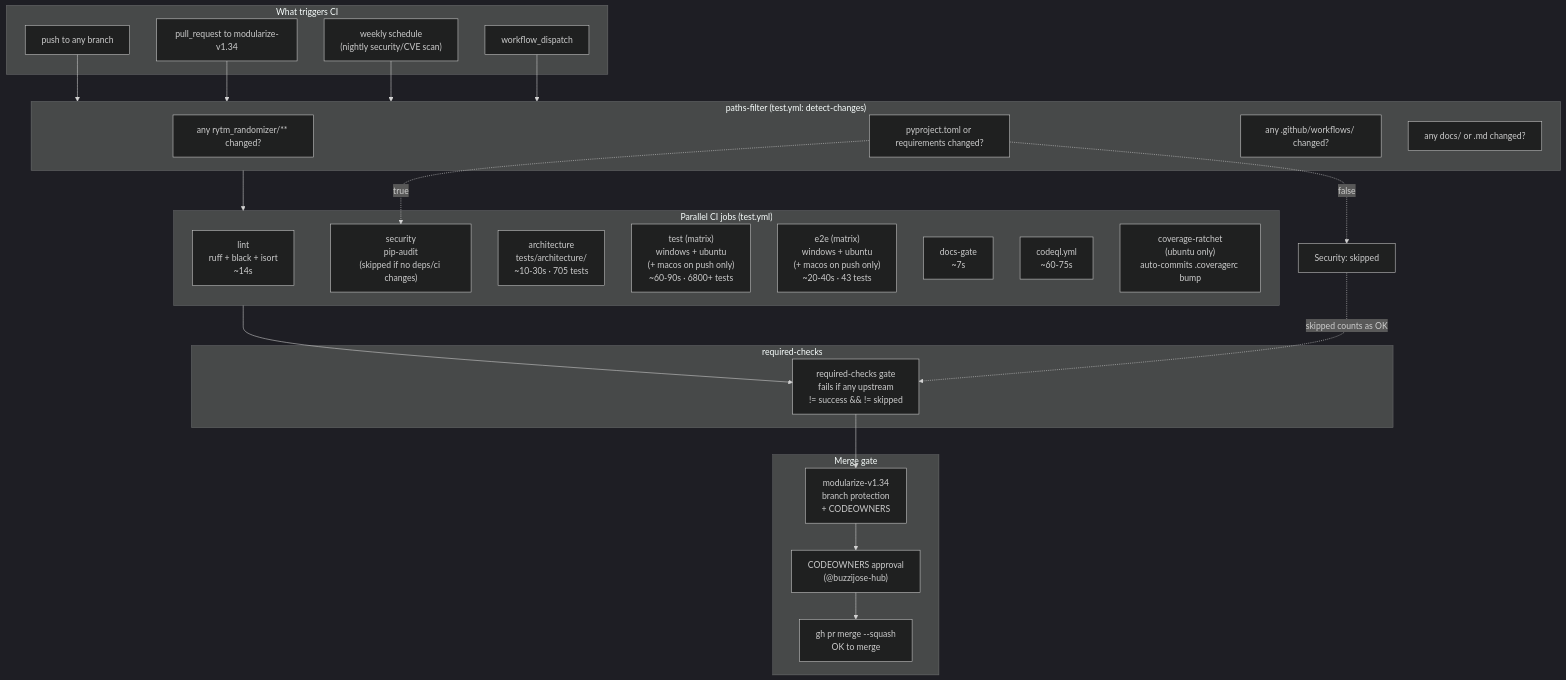
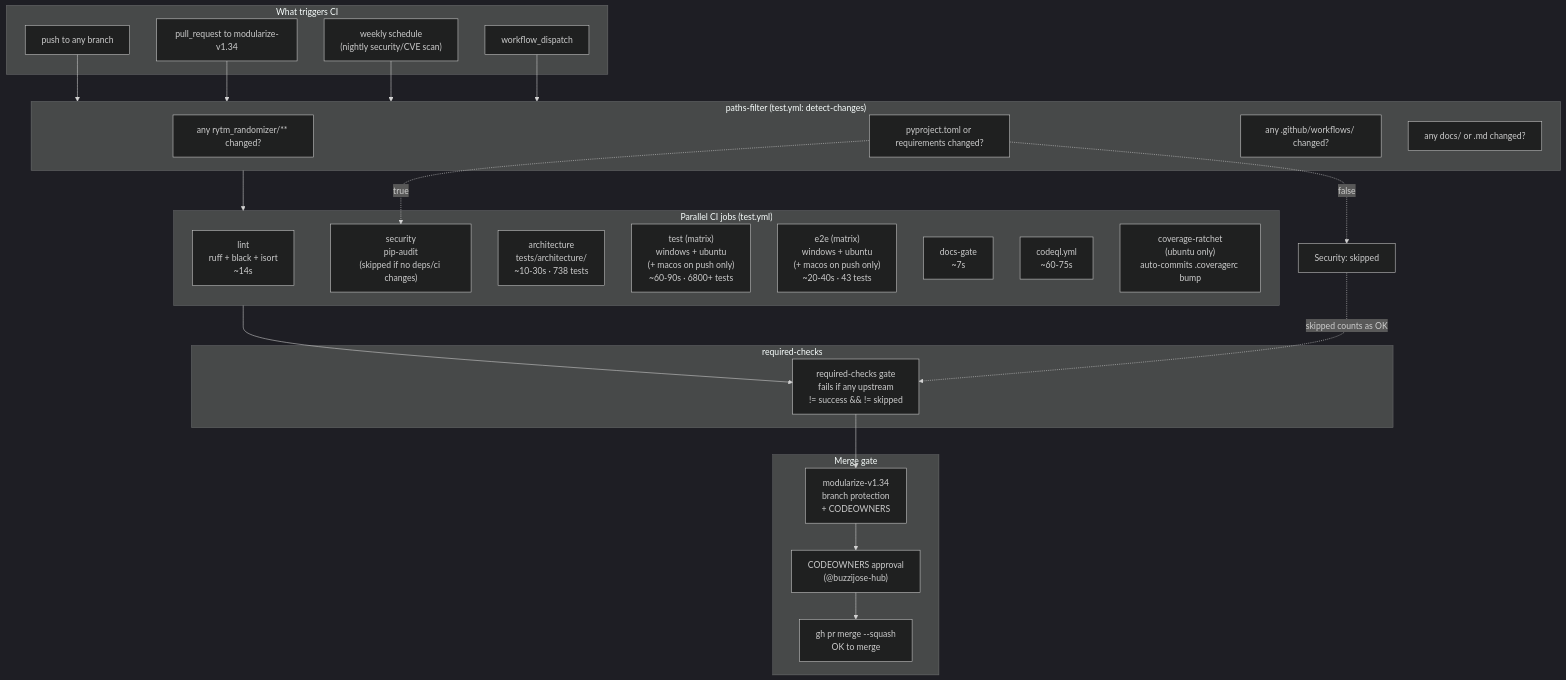
Before and after one commit to buzzijose-hub/RytmRandomizer: diagram 11 of 34 in docs/ARCHITECTURE_DIAGRAMS.md, drawn with Mermaid (dark theme). The commit also changed other lines of this file and 29 other files, not shown here.

````diff
--- a/docs/ARCHITECTURE_DIAGRAMS.md
+++ b/docs/ARCHITECTURE_DIAGRAMS.md
@@ -858,53 +858,53 @@
 ```mermaid
 flowchart TB
     subgraph Trigger["What triggers CI"]
         Push["push to any branch"]
         PR["pull_request to modularize-v1.34"]
         Schedule["weekly schedule<br/>(nightly security/CVE scan)"]
         Manual["workflow_dispatch"]
     end
 
     subgraph PathFilter["paths-filter (test.yml: detect-changes)"]
         DetectCode["any rytm_randomizer/** changed?"]
         DetectDeps["pyproject.toml or requirements changed?"]
         DetectCI["any .github/workflows/ changed?"]
         DetectDocs["any docs/ or .md changed?"]
     end
 
     subgraph Jobs["Parallel CI jobs (test.yml)"]
         Lint["lint<br/>ruff + black + isort<br/>~14s"]
         Security["security<br/>pip-audit<br/>(skipped if no deps/ci changes)"]
-        Architecture["architecture<br/>tests/architecture/<br/>~10-30s · 705 tests"]
+        Architecture["architecture<br/>tests/architecture/<br/>~10-30s · 738 tests"]
         TestMatrix["test (matrix)<br/>windows + ubuntu<br/>(+ macos on push only)<br/>~60-90s · 6800+ tests"]
         E2EMatrix["e2e (matrix)<br/>windows + ubuntu<br/>(+ macos on push only)<br/>~20-40s · 43 tests"]
         DocsGate["docs-gate<br/>~7s"]
         CodeQL["codeql.yml<br/>~60-75s"]
         CoverageRatchet["coverage-ratchet<br/>(ubuntu only)<br/>auto-commits .coveragerc bump"]
     end
 
     subgraph Aggregator["required-checks"]
         Gate["required-checks gate<br/>fails if any upstream<br/>!= success && != skipped"]
     end
 
     subgraph MergeGate["Merge gate"]
         BranchProtection["modularize-v1.34<br/>branch protection<br/>+ CODEOWNERS"]
         Approval["CODEOWNERS approval<br/>(@buzzijose-hub)"]
         Merge["gh pr merge --squash<br/>OK to merge"]
     end
 
     Push --> PathFilter
     PR --> PathFilter
     Schedule --> PathFilter
     Manual --> PathFilter
 
     PathFilter --> Jobs
 
     Jobs --> Gate
     Gate --> BranchProtection
     BranchProtection --> Approval
     Approval --> Merge
 
     DetectDeps -.->|"true"| Security
     DetectDeps -.->|"false"| Skip1["Security: skipped"]
     Skip1 -.->|"skipped counts as OK"| Gate
 ```
````
